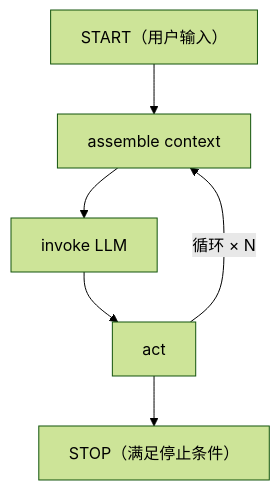
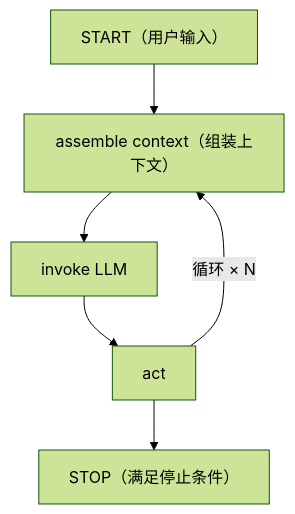
The diagram in agent/courses/memory/12a-Agent Memory Building Memory-Aware Agents/notes/L5-记忆感知智能体Agent-Loop与Harness.md (Colonel86/ai-agent-learn), drawn with Mermaid (forest theme) before and after one commit. The commit also changed 113 other files, not shown here.

````diff
--- a/agent/courses/memory/12a-Agent Memory Building Memory-Aware Agents/notes/L5-记忆感知智能体Agent-Loop与Harness.md
+++ b/agent/courses/memory/12a-Agent Memory Building Memory-Aware Agents/notes/L5-记忆感知智能体Agent-Loop与Harness.md
@@ -9,8 +9,8 @@
 ```mermaid
 flowchart TB
-  S["START（用户输入）"] --> AC["assemble context"]
+  S["START（用户输入）"] --> AC["assemble context（组装上下文）"]
   AC --> LLM["invoke LLM"]
   LLM --> ACT["act"]
   ACT -->|"循环 × N"| AC
   ACT --> STOP["STOP（满足停止条件）"]
 ```
````
